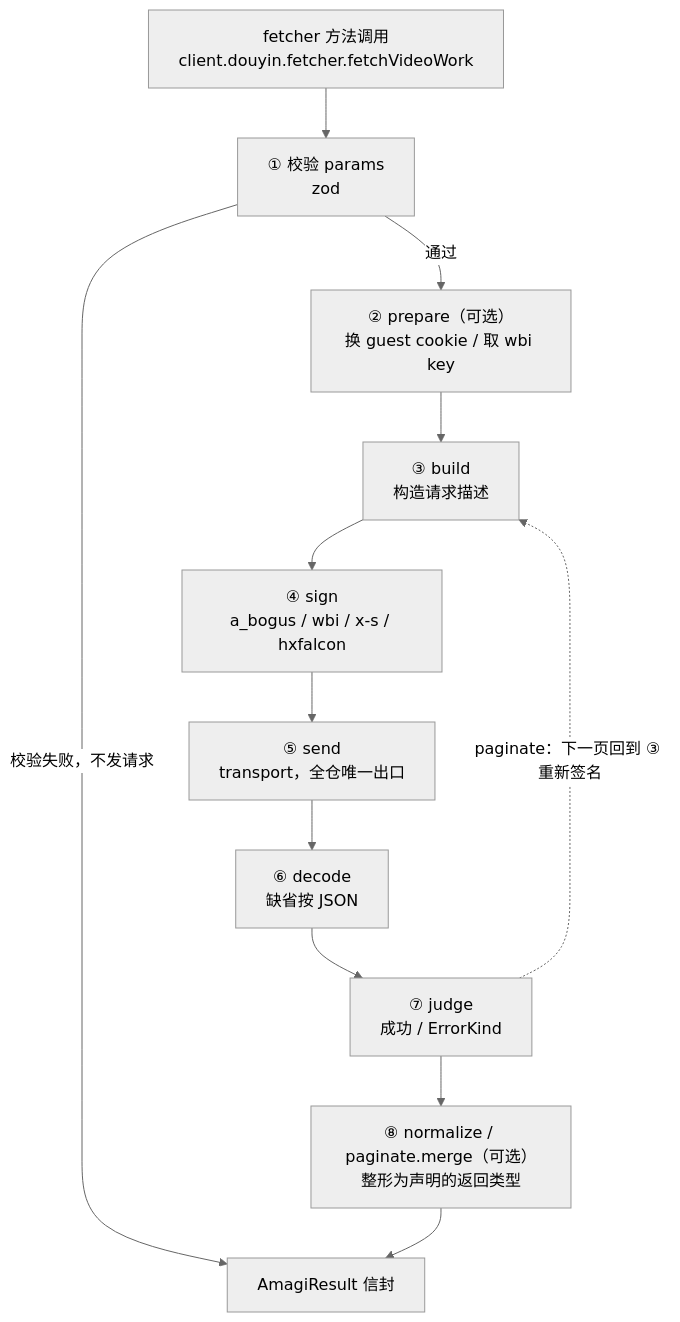
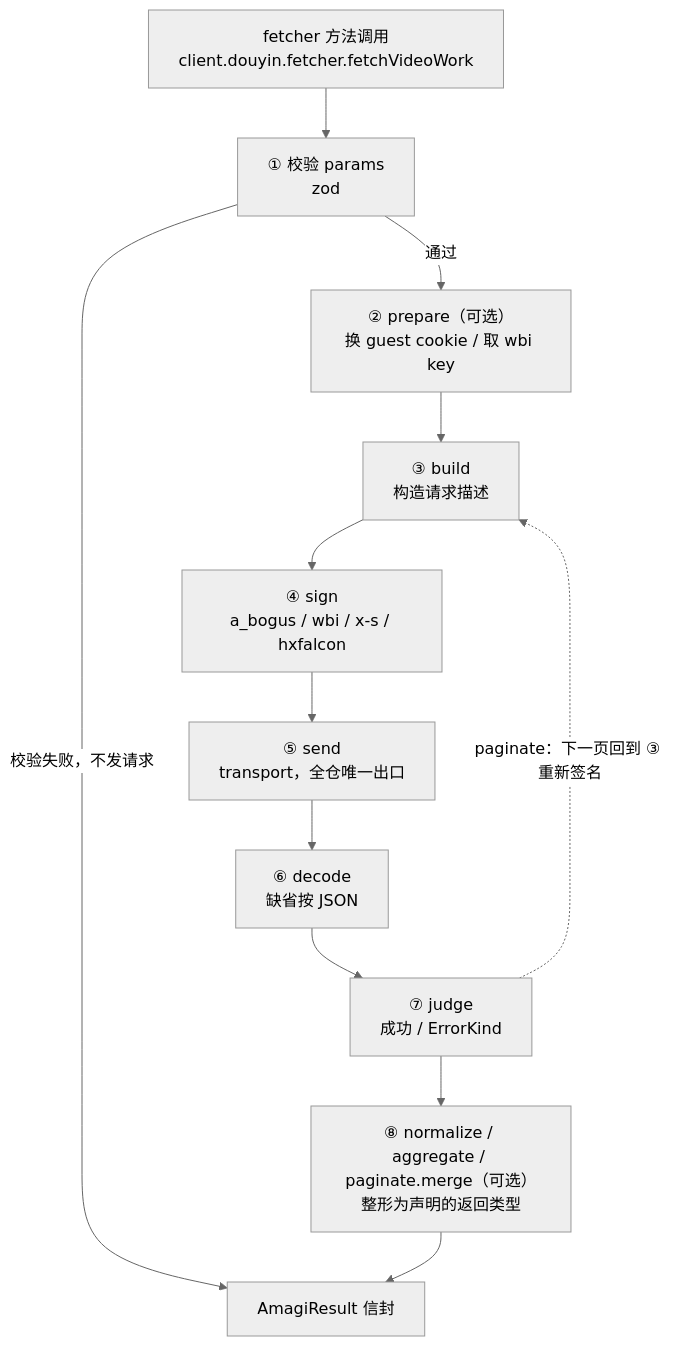
Before and after one commit to ikenxuan/amagi: the second of 2 diagrams in packages/docs/content/docs/v7/dev/architecture.mdx, drawn with Mermaid (neutral theme). The commit also changed other lines of this file and 14 other files, not shown here.

````diff
--- a/packages/docs/content/docs/v7/dev/architecture.mdx
+++ b/packages/docs/content/docs/v7/dev/architecture.mdx
@@ -125,19 +125,19 @@
 ```mermaid
 flowchart TD
   F["fetcher 方法调用<br/>client.douyin.fetcher.fetchVideoWork"]
   P1["① 校验 params<br/>zod"]
   P2["② prepare（可选）<br/>换 guest cookie / 取 wbi key"]
   P3["③ build<br/>构造请求描述"]
   P4["④ sign<br/>a_bogus / wbi / x-s / hxfalcon"]
   P5["⑤ send<br/>transport，全仓唯一出口"]
   P6["⑥ decode<br/>缺省按 JSON"]
   P7["⑦ judge<br/>成功 / ErrorKind"]
-  P8["⑧ normalize / paginate.merge（可选）<br/>整形为声明的返回类型"]
+  P8["⑧ normalize / aggregate / paginate.merge（可选）<br/>整形为声明的返回类型"]
   R["AmagiResult 信封"]
   F --> P1
   P1 -->|校验失败，不发请求| R
   P1 -->|通过| P2
   P2 --> P3 --> P4 --> P5 --> P6 --> P7
   P7 --> P8 --> R
   P7 -.->|paginate：下一页回到 ③ 重新签名| P3
 ```
````
